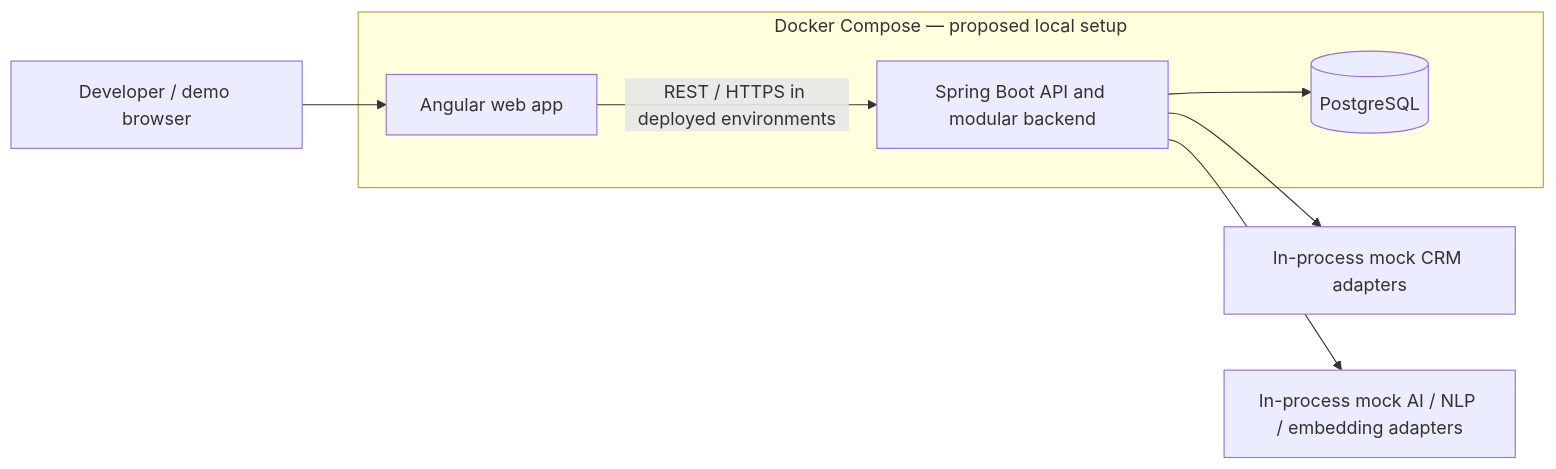
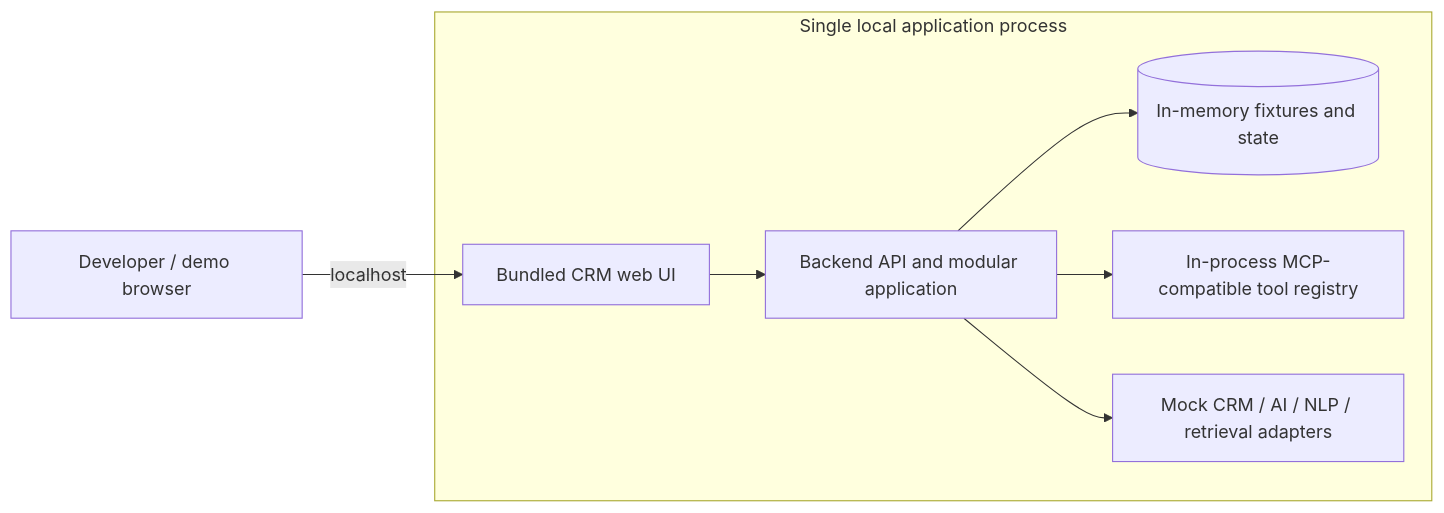
One commit to pauluswi/relasi-ai changed the fifth of 5 diagrams in docs/arc42.md. Above: the diagram before and after it, drawn with Mermaid. The commit also changed other lines of this file and 3 other files, not shown here.

````diff
--- a/docs/arc42.md
+++ b/docs/arc42.md
@@ -212,14 +213,16 @@
 ```mermaid
 flowchart LR
     Browser[Developer / demo browser]
-    subgraph Compose[Docker Compose — proposed local setup]
-        Frontend[Angular web app]
-        Backend[Spring Boot API and modular backend]
-        Postgres[(PostgreSQL)]
+    subgraph LocalApp[Single local application process]
+        Frontend[Bundled CRM web UI]
+        Backend[Backend API and modular application]
+        Memory[(In-memory fixtures and state)]
+        Tools[In-process MCP-compatible tool registry]
+        Mocks[Mock CRM / AI / NLP / retrieval adapters]
+        Frontend --> Backend
+        Backend --> Memory
+        Backend --> Tools
+        Backend --> Mocks
     end
-    Browser --> Frontend
-    Frontend -->|REST / HTTPS in deployed environments| Backend
-    Backend --> Postgres
-    Backend --> MockCRM[In-process mock CRM adapters]
-    Backend --> MockAI[In-process mock AI / NLP / embedding adapters]
+    Browser -->|localhost| Frontend
 ```
````
